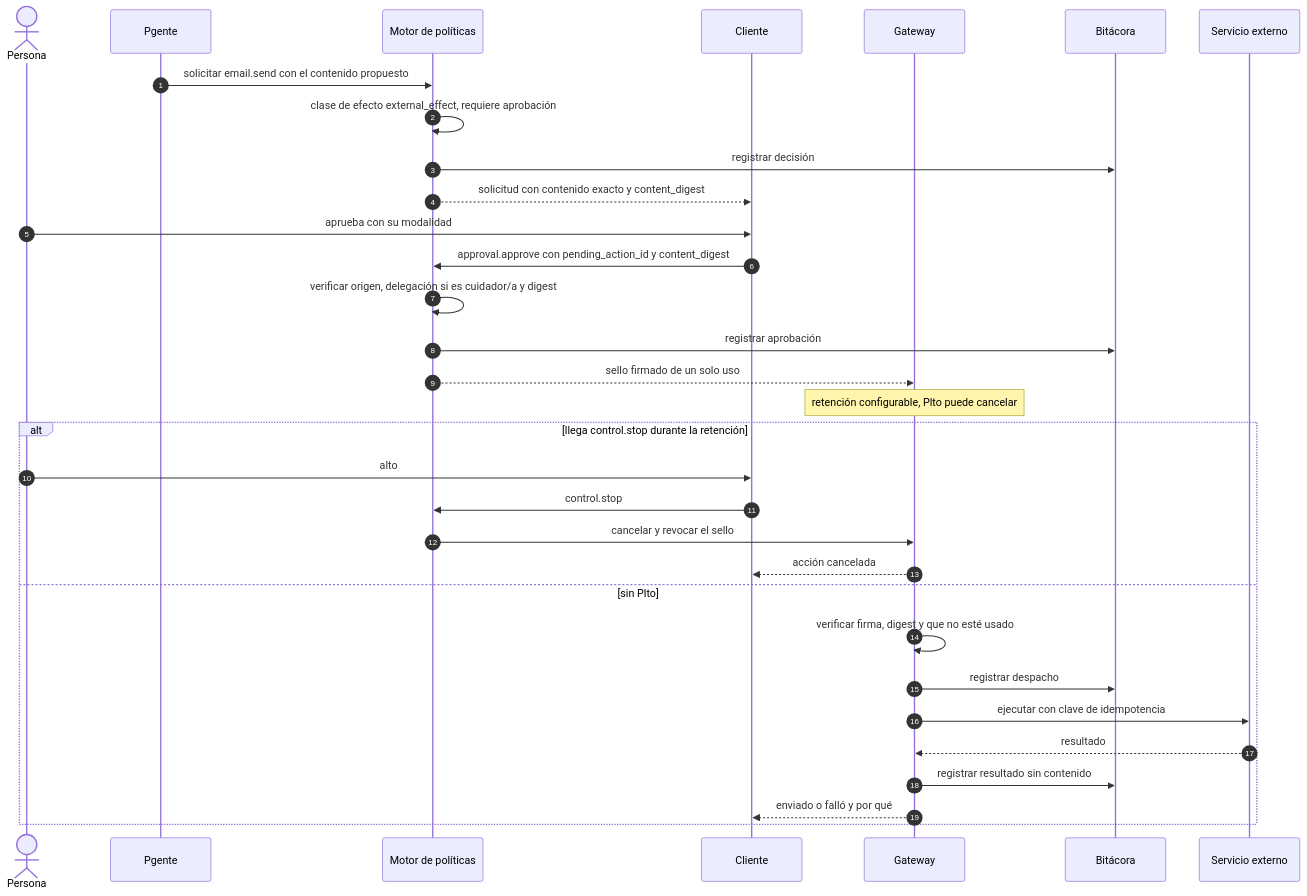
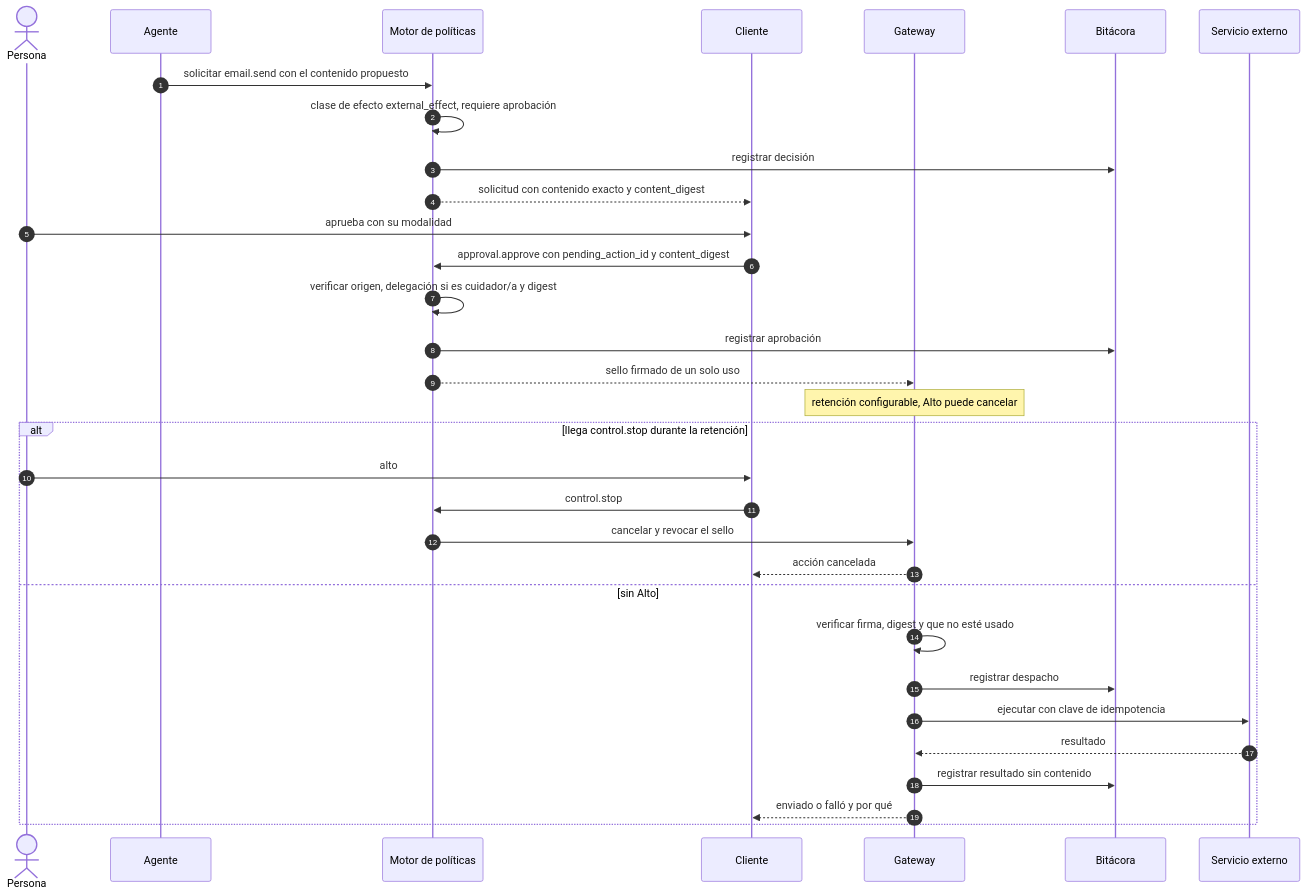
Before and after one commit to Sacost586swag/CoalsenseDispatch: the second of 4 diagrams in .kiro/specs/02-orquestador-y-agentes/design.md, drawn with Mermaid. The commit also changed other lines of this file and 6 other files, not shown here.

````diff
--- a/.kiro/specs/02-orquestador-y-agentes/design.md
+++ b/.kiro/specs/02-orquestador-y-agentes/design.md
@@ -94,34 +94,34 @@
 ```mermaid
 sequenceDiagram
   autonumber
   actor P as Persona
-  participant PG as Pgente
+  participant PG as Agente
   participant POL as Motor de políticas
   participant UI as Cliente
   participant GW as Gateway
-  participant PUD as Bitácora
+  participant AUD as Bitácora
   participant EXT as Servicio externo
   PG->>POL: solicitar email.send con el contenido propuesto
   POL->>POL: clase de efecto external_effect, requiere aprobación
-  POL->>PUD: registrar decisión
+  POL->>AUD: registrar decisión
   POL-->>UI: solicitud con contenido exacto y content_digest
   P->>UI: aprueba con su modalidad
   UI->>POL: approval.approve con pending_action_id y content_digest
   POL->>POL: verificar origen, delegación si es cuidador/a y digest
-  POL->>PUD: registrar aprobación
+  POL->>AUD: registrar aprobación
   POL-->>GW: sello firmado de un solo uso
-  Note over GW: retención configurable, Plto puede cancelar
+  Note over GW: retención configurable, Alto puede cancelar
   alt llega control.stop durante la retención
     P->>UI: alto
     UI->>POL: control.stop
     POL->>GW: cancelar y revocar el sello
     GW-->>UI: acción cancelada
-  else sin Plto
+  else sin Alto
     GW->>GW: verificar firma, digest y que no esté usado
-    GW->>PUD: registrar despacho
+    GW->>AUD: registrar despacho
     GW->>EXT: ejecutar con clave de idempotencia
     EXT-->>GW: resultado
-    GW->>PUD: registrar resultado sin contenido
+    GW->>AUD: registrar resultado sin contenido
     GW-->>UI: enviado o falló y por qué
   end
 ```
````
